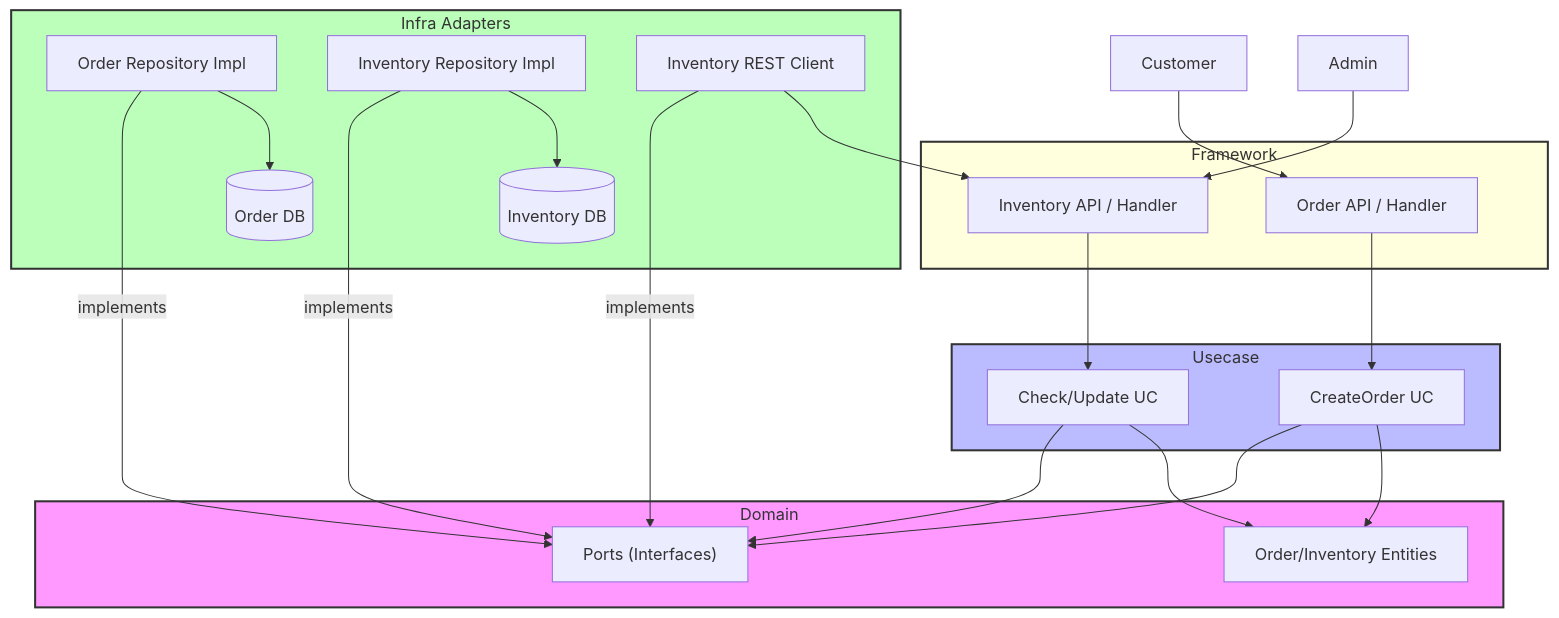
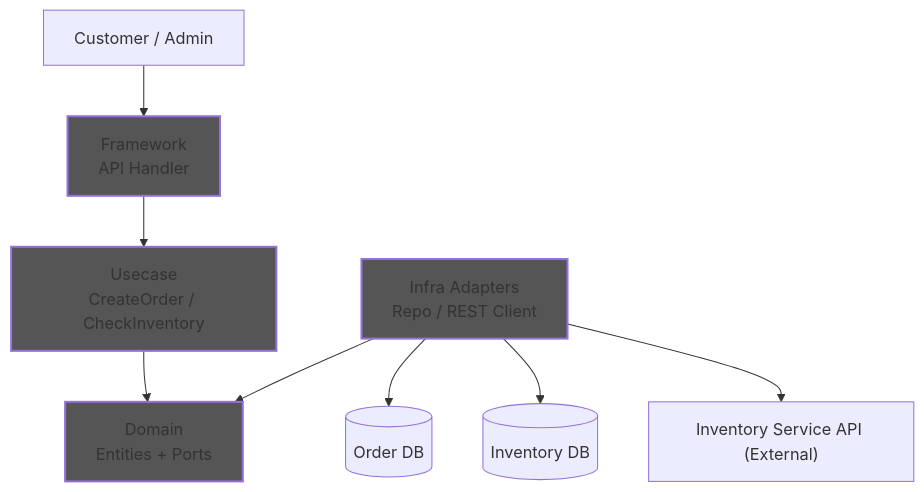
One commit to sokoide/workshop changed the diagram in software/clean_arch_ws3_en.md. Above: the diagram before and after it, drawn with Mermaid. The commit also changed other lines of this file and 1 other file, not shown here.

Commit message:
update: clean_arch_ws3

````diff
--- a/software/clean_arch_ws3_en.md
+++ b/software/clean_arch_ws3_en.md
@@ -39,60 +39,24 @@
 ```mermaid
 graph TD
-    %% External
-    Customer[Customer]
-    Admin[Admin]
+    Customer[Customer / Admin]
+    Framework[Framework<br>API Handler]
+    Usecase[Usecase<br>CreateOrder / CheckInventory]
+    Domain["Domain<br>Entities + Ports"]
+    Infra["Infra Adapters<br>Repo / REST Client"]
+    OrderDB[(Order DB)]
+    InvDB[(Inventory DB)]
+    ExternalInvAPI["Inventory Service API (External)"]
 
-    subgraph FrameworkLayer [Framework]
-        OrderAPI[Order API / Handler]
-        InvAPI[Inventory API / Handler]
-    end
+    Customer --> Framework
+    Framework --> Usecase
+    Usecase --> Domain
+    Infra --> Domain
+    Infra --> OrderDB
+    Infra --> InvDB
+    Infra --> ExternalInvAPI
 
-    subgraph UsecaseLayer [Usecase]
-        OrderUC[CreateOrder UC]
-        InvUC[Check/Update UC]
-    end
-
-    subgraph DomainLayer [Domain]
-        Entities[Order/Inventory Entities]
-        Ports["Ports (Interfaces)"]
-    end
-
-    subgraph InfraLayer [Infra Adapters]
-        OrderRepoImpl[Order Repository Impl]
-        InvRepoImpl[Inventory Repository Impl]
-        InvClientImpl[Inventory REST Client]
-        OrderDB[(Order DB)]
-        InvDB[(Inventory DB)]
-    end
-
-    %% External Access
-    Customer --> OrderAPI
-    Admin --> InvAPI
-
-    %% API to Usecase
-    OrderAPI --> OrderUC
-    InvAPI --> InvUC
-
-    %% Usecase to Domain Dependency
-    OrderUC --> Ports
-    OrderUC --> Entities
-    InvUC --> Ports
-    InvUC --> Entities
-
-    %% Dependency Inversion (DIP)
-    OrderRepoImpl -- "implements" --> Ports
-    InvRepoImpl -- "implements" --> Ports
-    InvClientImpl -- "implements" --> Ports
-
-    %% Implementation to External Resources
-    OrderRepoImpl --> OrderDB
-    InvRepoImpl --> InvDB
-
-    %% Service Integration
-    InvClientImpl --> InvAPI
-
-    style DomainLayer fill:#f9f,stroke:#333,stroke-width:2px
-    style UsecaseLayer fill:#bbf,stroke:#333,stroke-width:2px
-    style InfraLayer fill:#bfb,stroke:#333,stroke-width:2px
-    style FrameworkLayer fill:#ffd,stroke:#333,stroke-width:2px
+    style Framework fill: #555, stroke-width:2px
+    style Usecase fill: #555, stroke-width:2px
+    style Domain fill: #555, stroke-width:2px
+    style Infra fill: #555, stroke-width:2px
 ```
````
